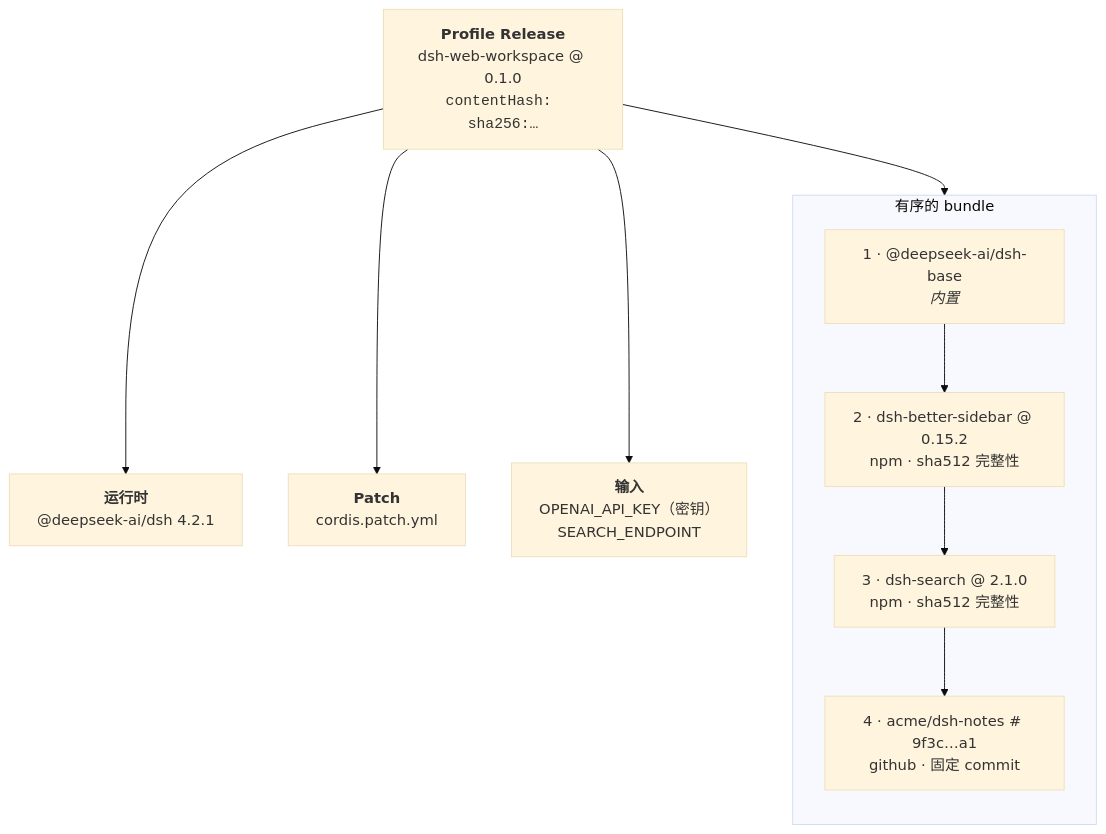
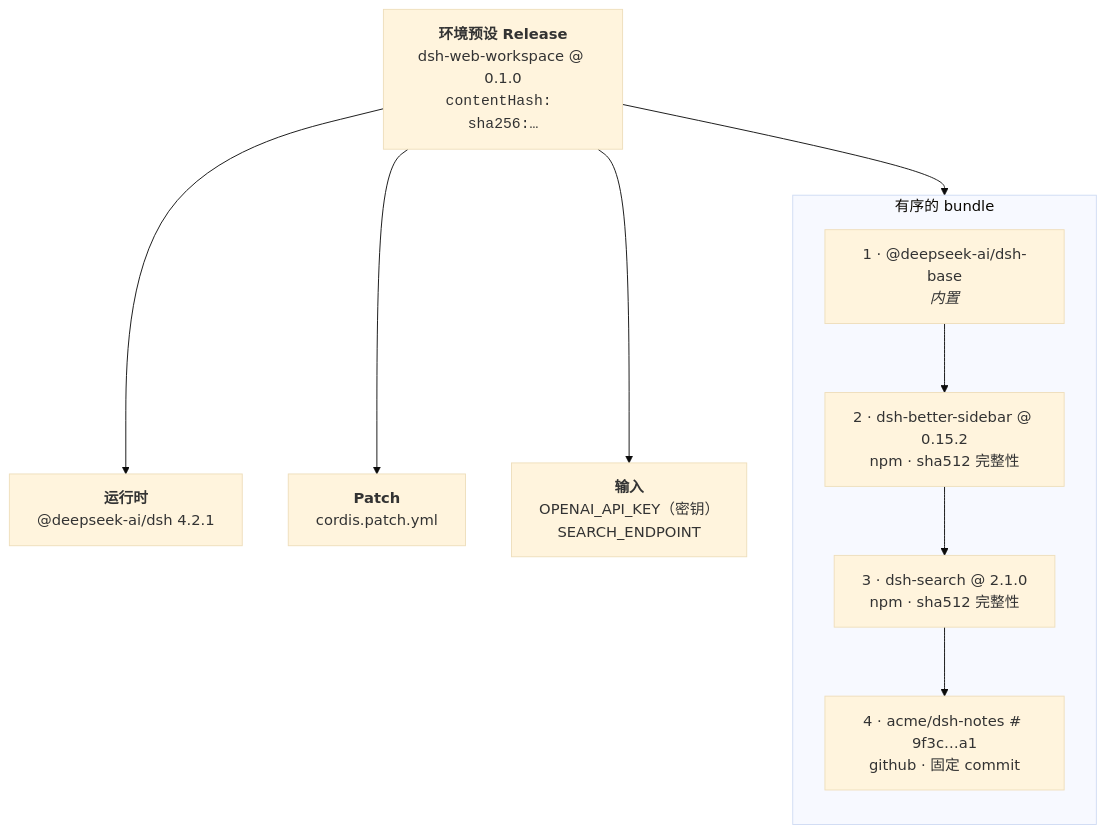
The second of 5 diagrams in README.zh-CN.md (pax-beehive/dsh-hub-cli), drawn with Mermaid (base theme) before and after one commit. The commit also changed other lines of this file and 17 other files, not shown here.

````diff
--- a/README.zh-CN.md
+++ b/README.zh-CN.md
@@ -86,19 +86,19 @@
 ```mermaid
 flowchart TB
-    R["<b>Profile Release</b><br/>dsh-web-workspace @ 0.1.0<br/><code>contentHash: sha256:…</code>"]
+    R["<b>环境预设 Release</b><br/>dsh-web-workspace @ 0.1.0<br/><code>contentHash: sha256:…</code>"]
     RT["<b>运行时</b><br/>@deepseek-ai/dsh 4.2.1"]
     P["<b>Patch</b><br/>cordis.patch.yml"]
     I["<b>输入</b><br/>OPENAI_API_KEY（密钥）<br/>SEARCH_ENDPOINT"]
     subgraph B["有序的 bundle"]
         direction TB
         B1["1 · @deepseek-ai/dsh-base<br/><i>内置</i>"]
         B2["2 · dsh-better-sidebar @ 0.15.2<br/>npm · sha512 完整性"]
         B3["3 · dsh-search @ 2.1.0<br/>npm · sha512 完整性"]
         B4["4 · acme/dsh-notes # 9f3c…a1<br/>github · 固定 commit"]
         B1 --> B2 --> B3 --> B4
     end
     R --> RT
     R --> B
     R --> P
     R --> I
 ```
````
